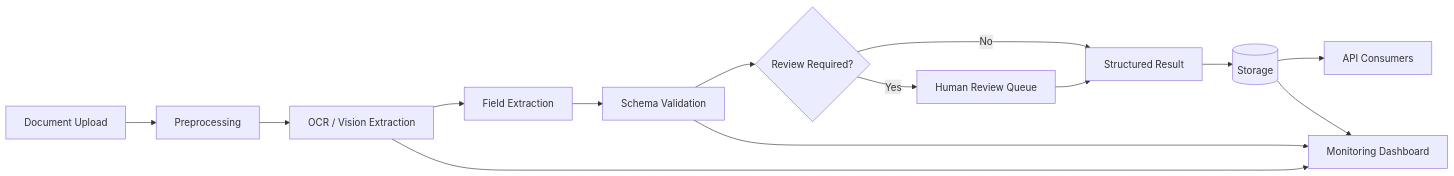
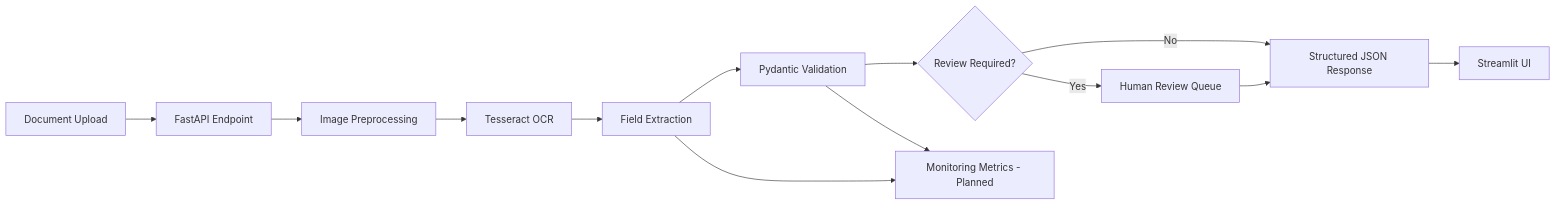
The diagram in README.md (Kashyap-84/docops-ai-document-intelligence), drawn with Mermaid before and after one commit. The commit also changed other lines of this file, not shown here.

````diff
--- a/README.md
+++ b/README.md
@@ -165,16 +56,15 @@
 ```mermaid
 flowchart LR
-    A[Document Upload] --> B[Preprocessing]
-    B --> C[OCR / Vision Extraction]
-    C --> D[Field Extraction]
-    D --> E[Schema Validation]
-    E --> F{Review Required?}
-    F -- Yes --> G[Human Review Queue]
-    F -- No --> H[Structured Result]
-    G --> H
-    H --> I[(Storage)]
-    I --> J[API Consumers]
-    I --> K[Monitoring Dashboard]
+    A[Document Upload] --> B[FastAPI Endpoint]
+    B --> C[Image Preprocessing]
+    C --> D[Tesseract OCR]
+    D --> E[Field Extraction]
+    E --> F[Pydantic Validation]
+    F --> G{Review Required?}
+    G -- Yes --> H[Human Review Queue]
+    G -- No --> I[Structured JSON Response]
+    H --> I
+    I --> J[Streamlit UI]
+    F --> K[Monitoring Metrics - Planned]
     E --> K
-    C --> K
 ```
````
